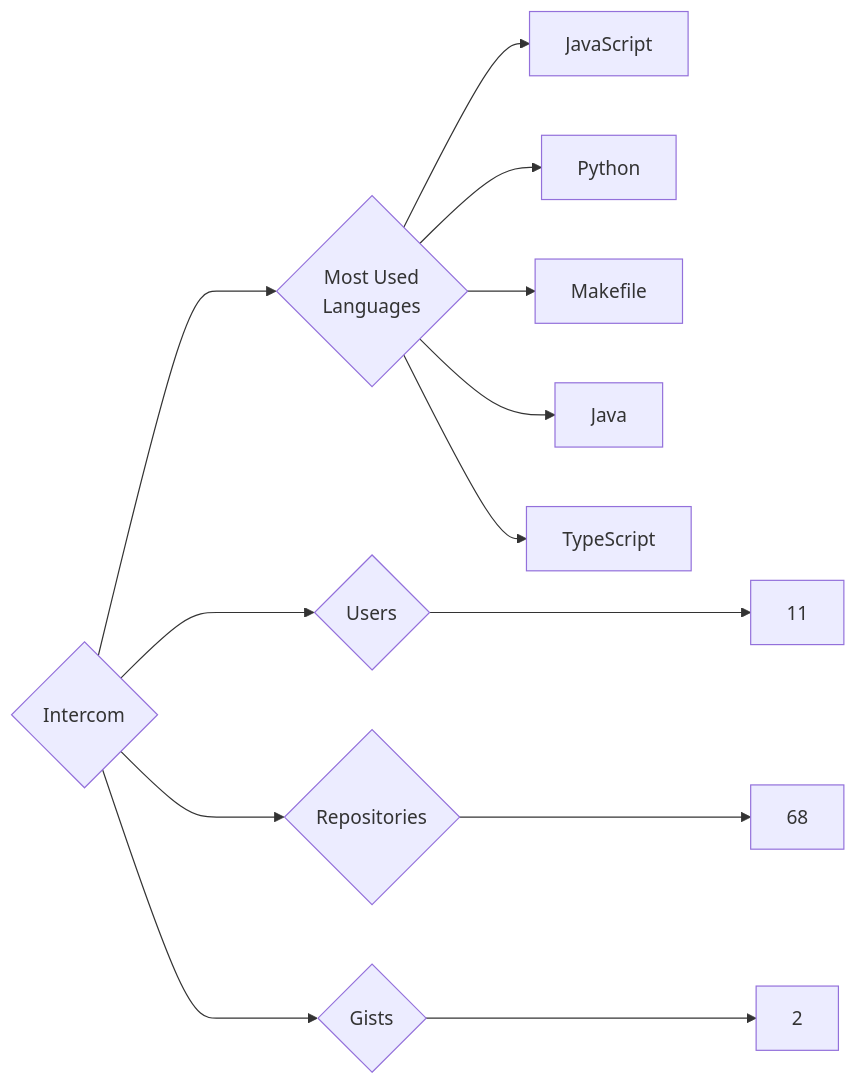
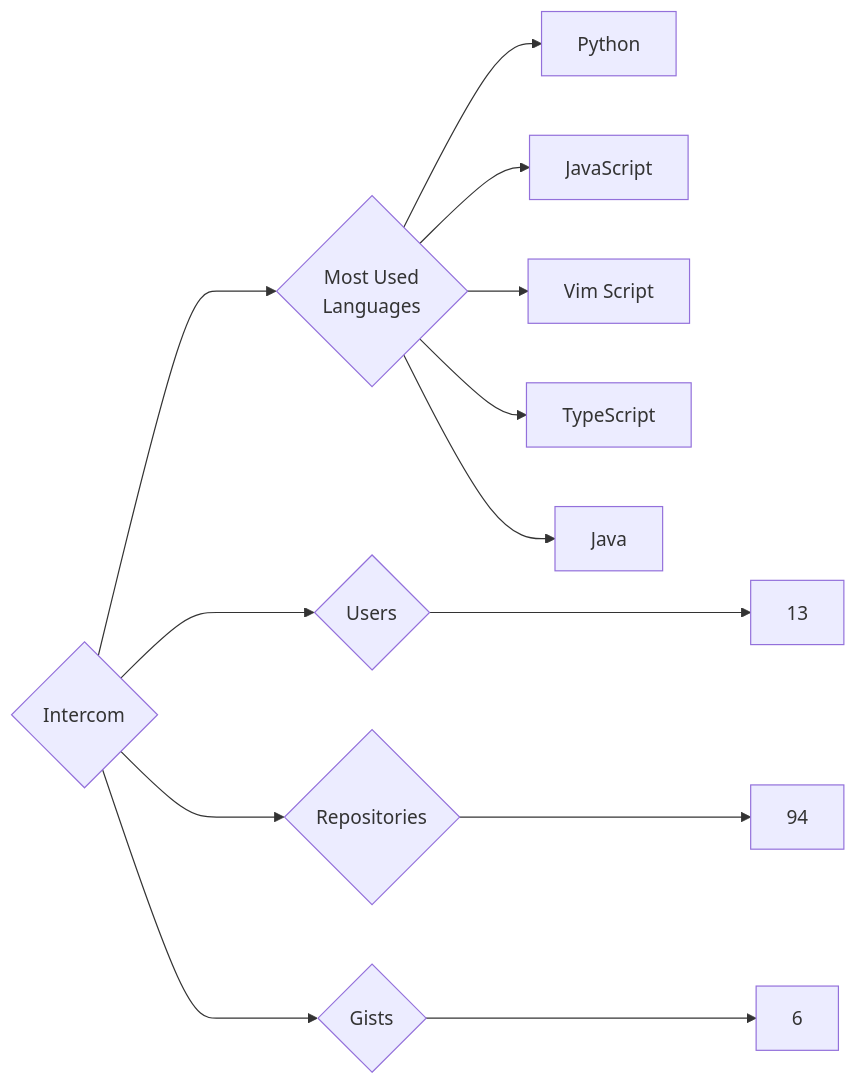
Before and after one commit to trickest/insiders: the diagram in targets/Intercom/README.md, drawn with Mermaid. The commit also changed 997 other files, not shown here.

````diff
--- a/targets/Intercom/README.md
+++ b/targets/Intercom/README.md
@@ -3,13 +3,13 @@
 ```mermaid
 graph LR
 COMPANY_NAME{Intercom}
-COMPANY_NAME ---> U{Users} ---> UN[11]
-COMPANY_NAME ---> R{Repositories} ---> RN[68]
-COMPANY_NAME ---> G{Gists} ---> GN[2]
+COMPANY_NAME ---> U{Users} ---> UN[13]
+COMPANY_NAME ---> R{Repositories} ---> RN[94]
+COMPANY_NAME ---> G{Gists} ---> GN[6]
 COMPANY_NAME ---> ML{Most Used<br>Languages}
+ML --> Python[Python]
 ML --> JavaScript[JavaScript]
-ML --> Python[Python]
-ML --> Makefile[Makefile]
+ML --> Vim_Script[Vim Script]
+ML --> TypeScript[TypeScript]
 ML --> Java[Java]
-ML --> TypeScript[TypeScript]
 ```
````
